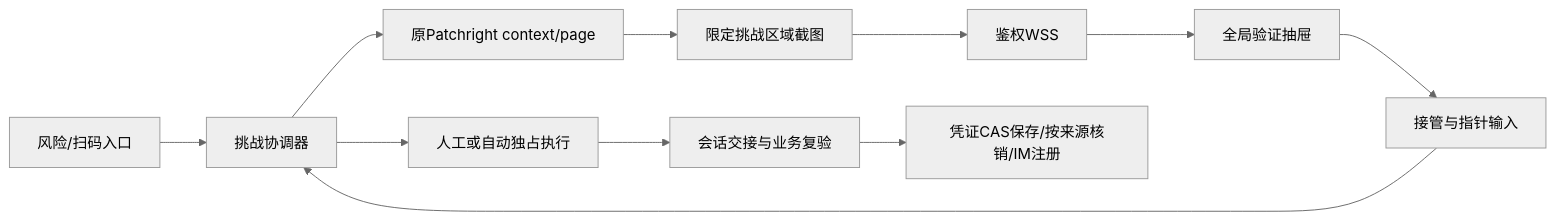
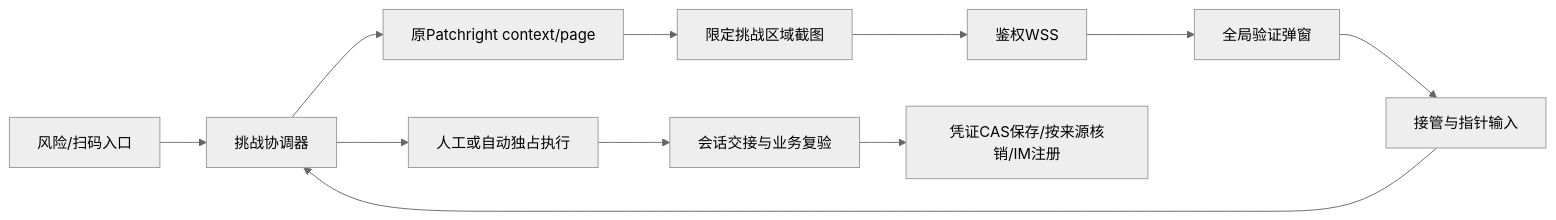
The diagram in docs/design/challenge-manual-first-20261025/proposal.md (chemmhi/XianYuAgent), drawn with Mermaid (neutral theme) before and after one commit. The commit also changed other lines of this file and 96 other files, not shown here.

````diff
--- a/docs/design/challenge-manual-first-20261025/proposal.md
+++ b/docs/design/challenge-manual-first-20261025/proposal.md
@@ -43,13 +43,13 @@
 ```mermaid
 flowchart LR
   A[风险/扫码入口] --> B[挑战协调器]
   B --> C[原Patchright context/page]
   C --> D[限定挑战区域截图]
   D --> E[鉴权WSS]
-  E --> F[全局验证抽屉]
+  E --> F[全局验证弹窗]
   F --> G[接管与指针输入]
   G --> B
   B --> H[人工或自动独占执行]
   H --> I[会话交接与业务复验]
   I --> J[凭证CAS保存/按来源核销/IM注册]
 ```
````
